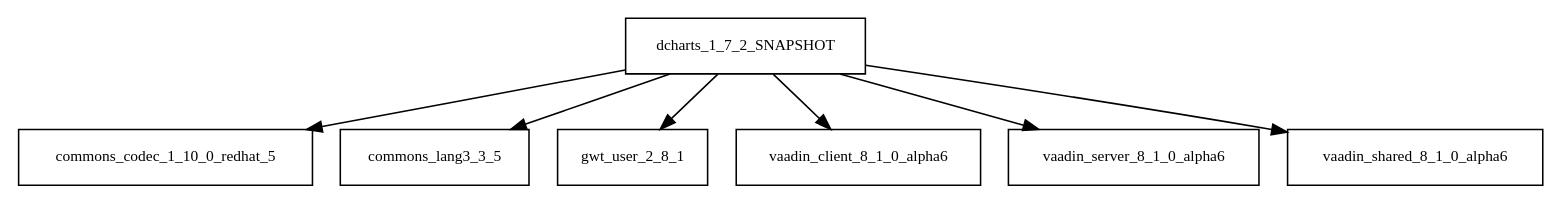
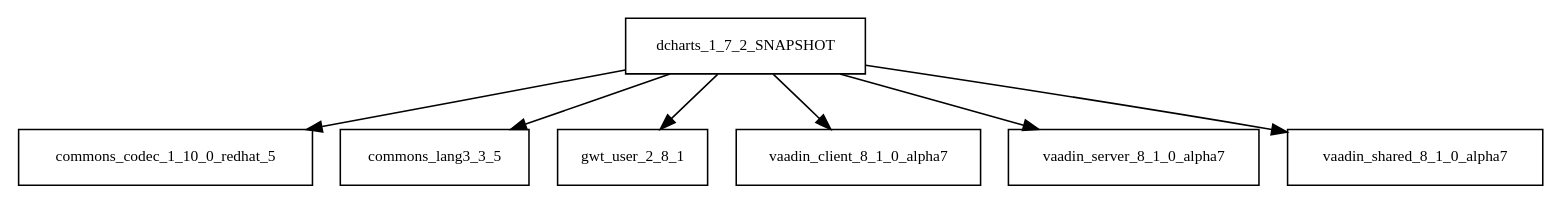
One commit to AglaianWoman/cia changed the diagram in tattleTaleReport/graphviz/dcharts-1.7.2-SNAPSHOT.jar/dcharts-1.7.2-SNAPSHOT.jar.dot. Above: the diagram before and after it, drawn with Graphviz. The commit also changed 1067 other files, not shown here.

```diff
--- a/tattleTaleReport/graphviz/dcharts-1.7.2-SNAPSHOT.jar/dcharts-1.7.2-SNAPSHOT.jar.dot
+++ b/tattleTaleReport/graphviz/dcharts-1.7.2-SNAPSHOT.jar/dcharts-1.7.2-SNAPSHOT.jar.dot
@@ -1,9 +1,9 @@
 digraph dcharts_1_7_2_SNAPSHOT_dependencies {
   node [shape = box, fontsize=10.0];
   dcharts_1_7_2_SNAPSHOT -> commons_codec_1_10_0_redhat_5;
   dcharts_1_7_2_SNAPSHOT -> commons_lang3_3_5;
   dcharts_1_7_2_SNAPSHOT -> gwt_user_2_8_1;
-  dcharts_1_7_2_SNAPSHOT -> vaadin_client_8_1_0_alpha6;
-  dcharts_1_7_2_SNAPSHOT -> vaadin_server_8_1_0_alpha6;
-  dcharts_1_7_2_SNAPSHOT -> vaadin_shared_8_1_0_alpha6;
+  dcharts_1_7_2_SNAPSHOT -> vaadin_client_8_1_0_alpha7;
+  dcharts_1_7_2_SNAPSHOT -> vaadin_server_8_1_0_alpha7;
+  dcharts_1_7_2_SNAPSHOT -> vaadin_shared_8_1_0_alpha7;
 }
```
